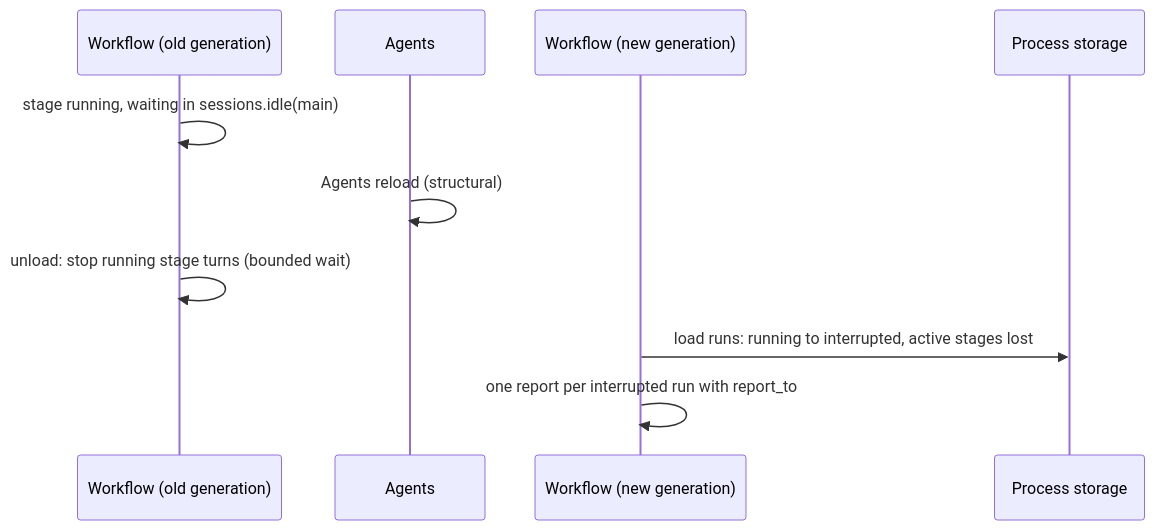
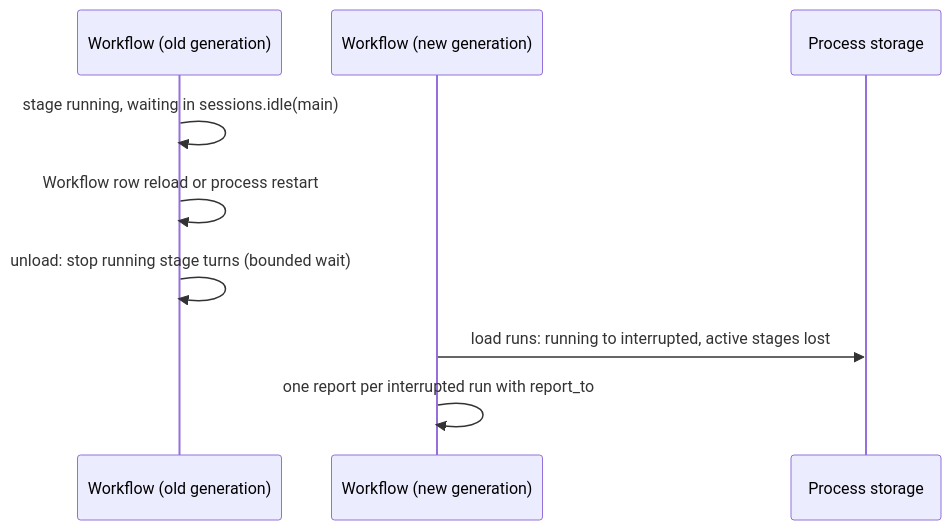
The sixth of 6 diagrams in docs/design/plugins/Workflow.md (CoutinhoTTS/dim-agent), drawn with Mermaid before and after one commit. The commit also changed other lines of this file and 1 other file, not shown here.

Commit message:
docs(workflow): use existing stage admission and service contracts

````diff
--- a/docs/design/plugins/Workflow.md
+++ b/docs/design/plugins/Workflow.md
@@ -161,12 +178,11 @@
 ```mermaid
 sequenceDiagram
   participant WF as Workflow (old generation)
-  participant A as Agents
   participant WF2 as Workflow (new generation)
   participant ST as Process storage
   WF->>WF: stage running, waiting in sessions.idle(main)
-  A->>A: Agents reload (structural)
+  WF->>WF: Workflow row reload or process restart
   WF->>WF: unload: stop running stage turns (bounded wait)
   WF2->>ST: load runs: running to interrupted, active stages lost
   WF2->>WF2: one report per interrupted run with report_to
 ```
````
